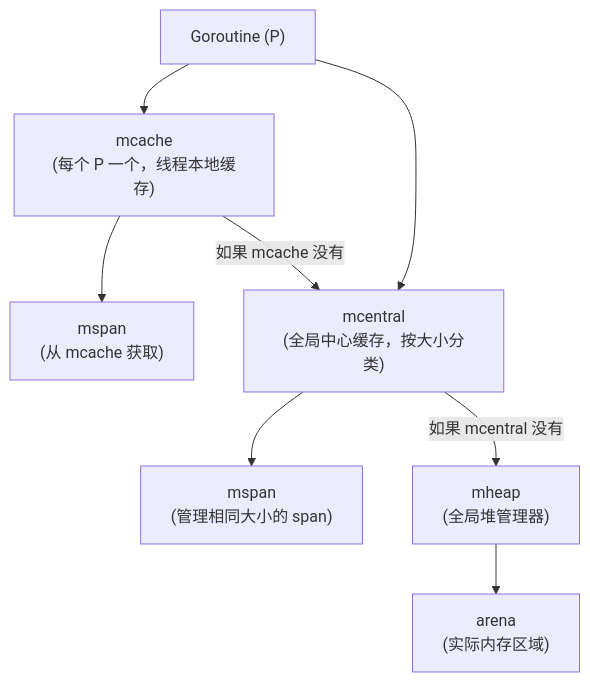
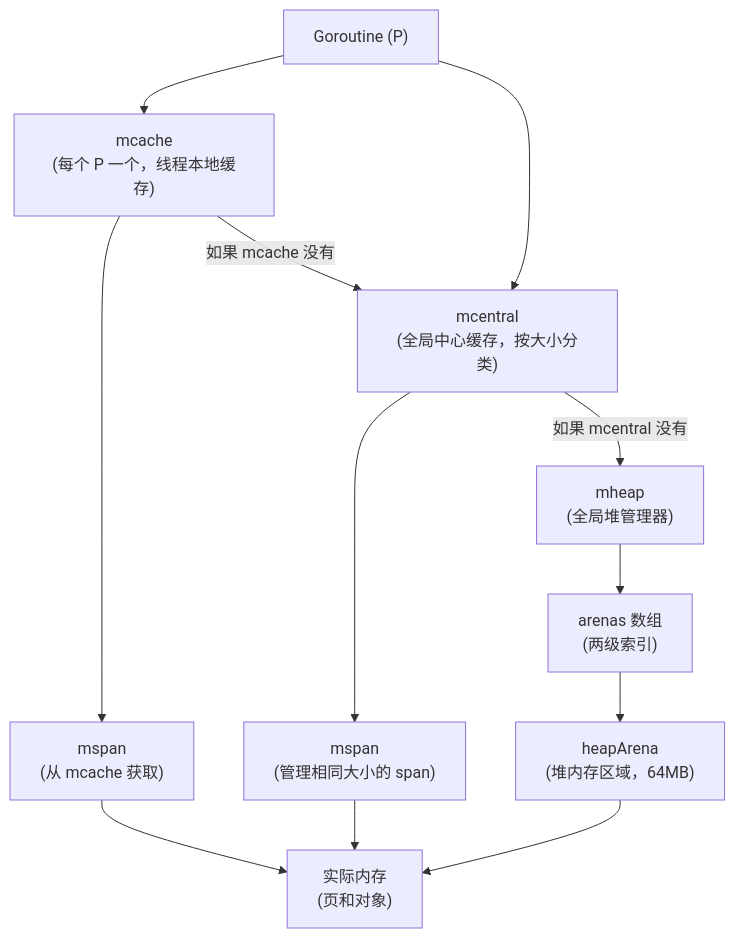
One commit to djaigoo/blog changed the second of 27 diagrams in _posts/golang/内存分配器.md. Above: the diagram before and after it, drawn with Mermaid. The commit also changed other lines of this file and 109 other files, not shown here.

````diff
--- a/_posts/golang/内存分配器.md
+++ b/_posts/golang/内存分配器.md
@@ -65,18 +65,24 @@
 ```mermaid
 flowchart TD
     P["Goroutine (P)"]
     mcache["mcache<br/>(每个 P 一个，线程本地缓存)"]
     mspan1["mspan<br/>(从 mcache 获取)"]
     mcentral["mcentral<br/>(全局中心缓存，按大小分类)"]
     mspan2["mspan<br/>(管理相同大小的 span)"]
     mheap["mheap<br/>(全局堆管理器)"]
-    arena["arena<br/>(实际内存区域)"]
+    arenas["arenas 数组<br/>(两级索引)"]
+    heapArena["heapArena<br/>(堆内存区域，64MB)"]
+    memory["实际内存<br/>(页和对象)"]
     
     P --> mcache
     mcache --> mspan1
     mcache -->|如果 mcache 没有| mcentral
     P --> mcentral
     mcentral --> mspan2
     mcentral -->|如果 mcentral 没有| mheap
-    mheap --> arena
+    mheap --> arenas
+    arenas --> heapArena
+    heapArena --> memory
+    mspan1 --> memory
+    mspan2 --> memory
 ```
````
